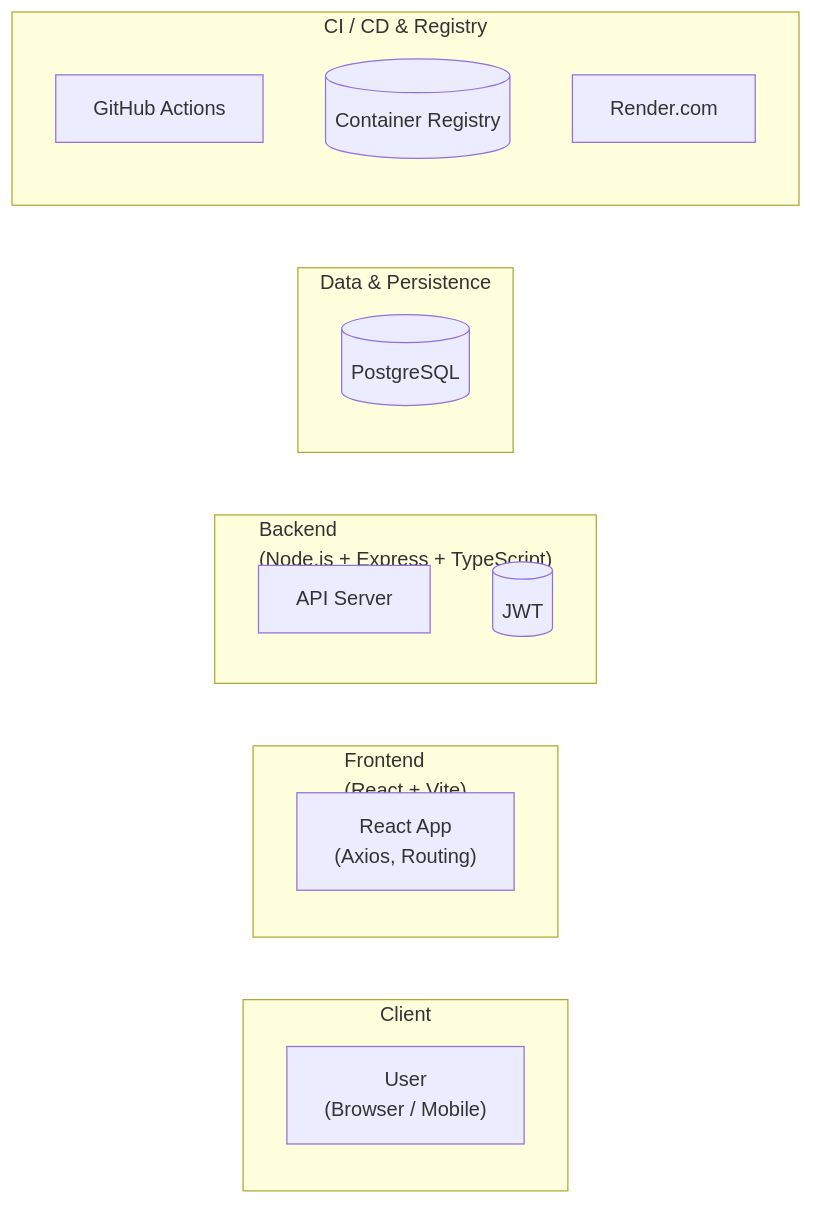
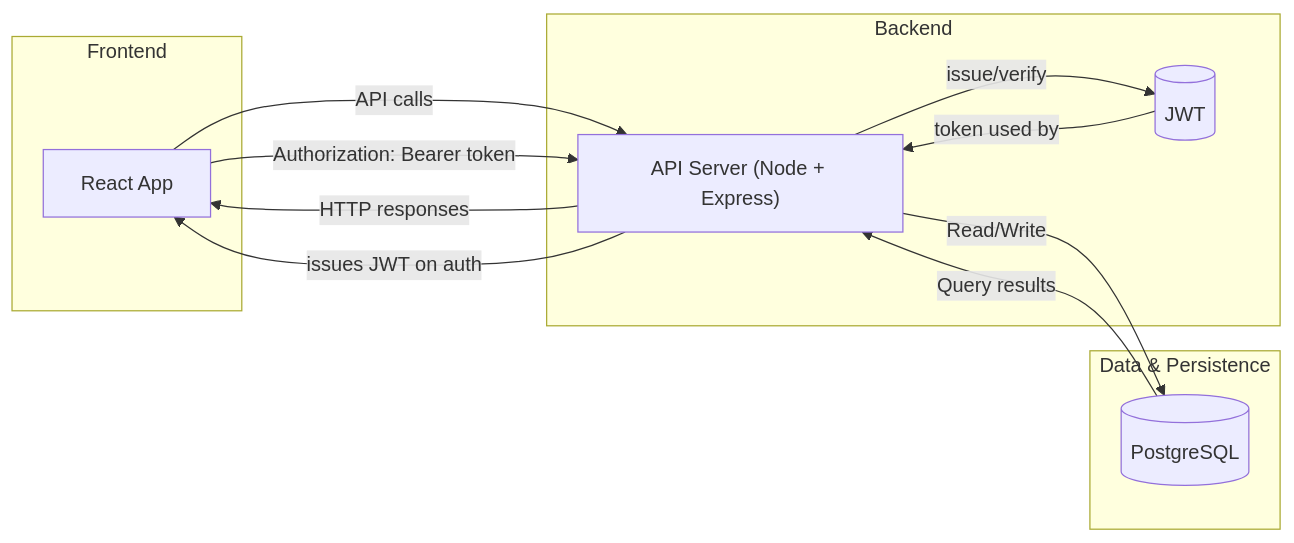
Before and after one commit to IkeAni/task-manage: the diagram in README.md, drawn with Mermaid.

Commit message:
Mermaid architecture graph

````diff
--- a/README.md
+++ b/README.md
@@ -33,25 +33,27 @@
 ```mermaid
 flowchart LR
-   subgraph Client["Client"]
-      U["User\n(Browser / Mobile)"]
+   subgraph Frontend["Frontend"]
+      FE["React App"]
    end
 
-   subgraph Frontend["Frontend\n(React + Vite)"]
-      FE["React App\n(Axios, Routing)"]
-   end
-
-   subgraph Backend["Backend\n(Node.js + Express + TypeScript)"]
-      BE["API Server"]
+   subgraph Backend["Backend"]
+      BE["API Server (Node + Express)"]
       Auth[(JWT)]
    end
 
    subgraph Data["Data & Persistence"]
       DB[(PostgreSQL)]
    end
 
-   subgraph CI_CD["CI / CD & Registry"]
-      GH[GitHub Actions]
-      Registry[(Container Registry)]
-      Render[Render.com]
-   end
+   FE -->|API calls| BE
+   BE -->|HTTP responses| FE
+
+   FE -->|Authorization: Bearer token| BE
+   BE -->|issues JWT on auth| FE
+
+   BE -->|Read/Write| DB
+   DB -->|Query results| BE
+
+   BE -->|issue/verify| Auth
+   Auth -->|token used by| BE
  ```
````
